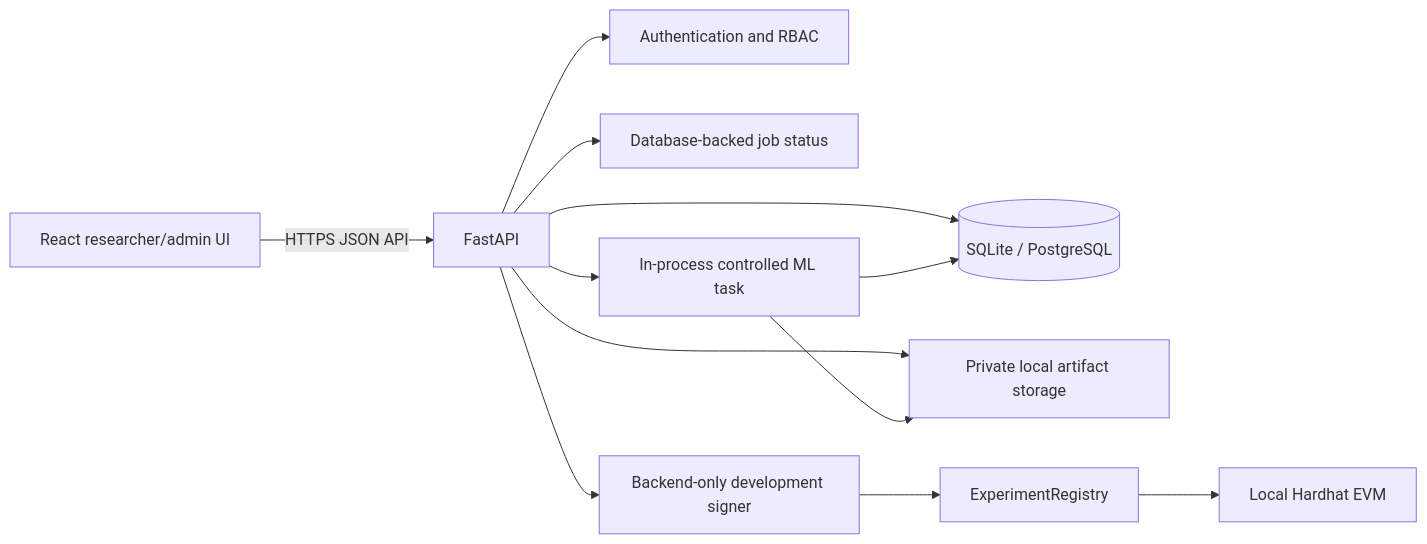
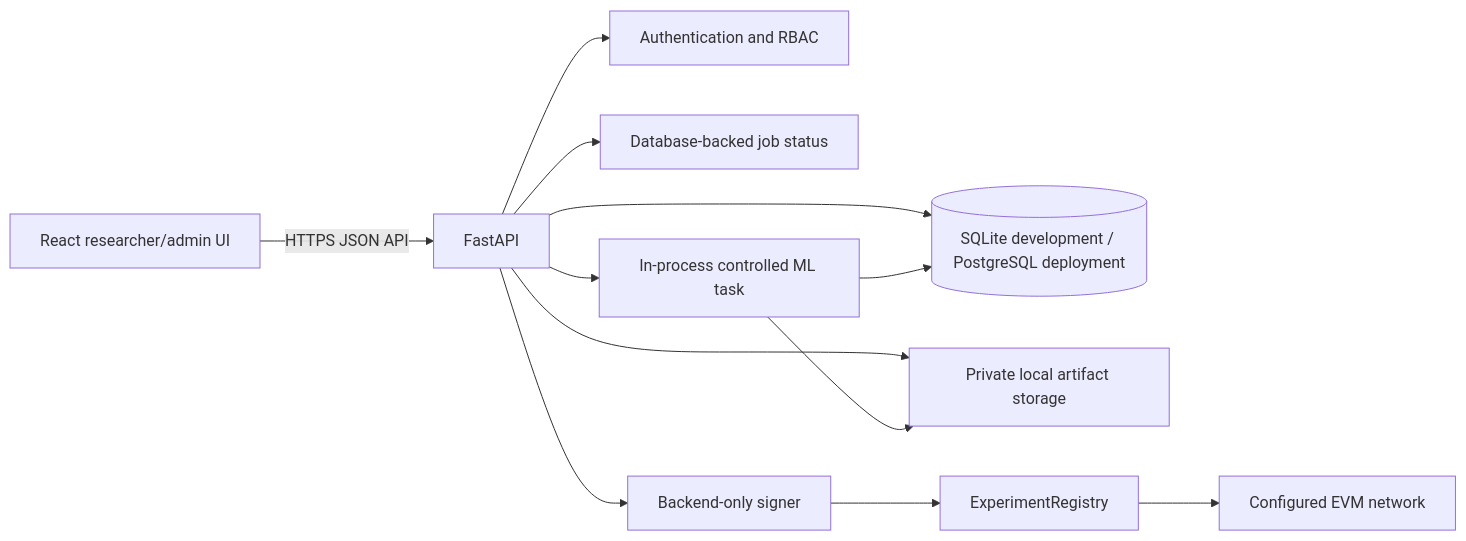
One commit to PoojithaYarava/ReproducibilityChain changed the first of 2 diagrams in docs/architecture.md. Above: the diagram before and after it, drawn with Mermaid. The commit also changed other lines of this file and 12 other files, not shown here.

````diff
--- a/docs/architecture.md
+++ b/docs/architecture.md
@@ -20,14 +20,14 @@
 ```mermaid
 flowchart LR
     Browser[React researcher/admin UI] -->|HTTPS JSON API| API[FastAPI]
     API --> Auth[Authentication and RBAC]
-    API --> DB[(SQLite / PostgreSQL)]
+    API --> DB[(SQLite development / PostgreSQL deployment)]
     API --> Store[Private local artifact storage]
     API --> Jobs[Database-backed job status]
     API --> Worker[In-process controlled ML task]
     Worker --> Store
     Worker --> DB
-    API --> Signer[Backend-only development signer]
+    API --> Signer[Backend-only signer]
     Signer --> Contract[ExperimentRegistry]
-    Contract --> Chain[Local Hardhat EVM]
+    Contract --> Chain[Configured EVM network]
 ```
````
